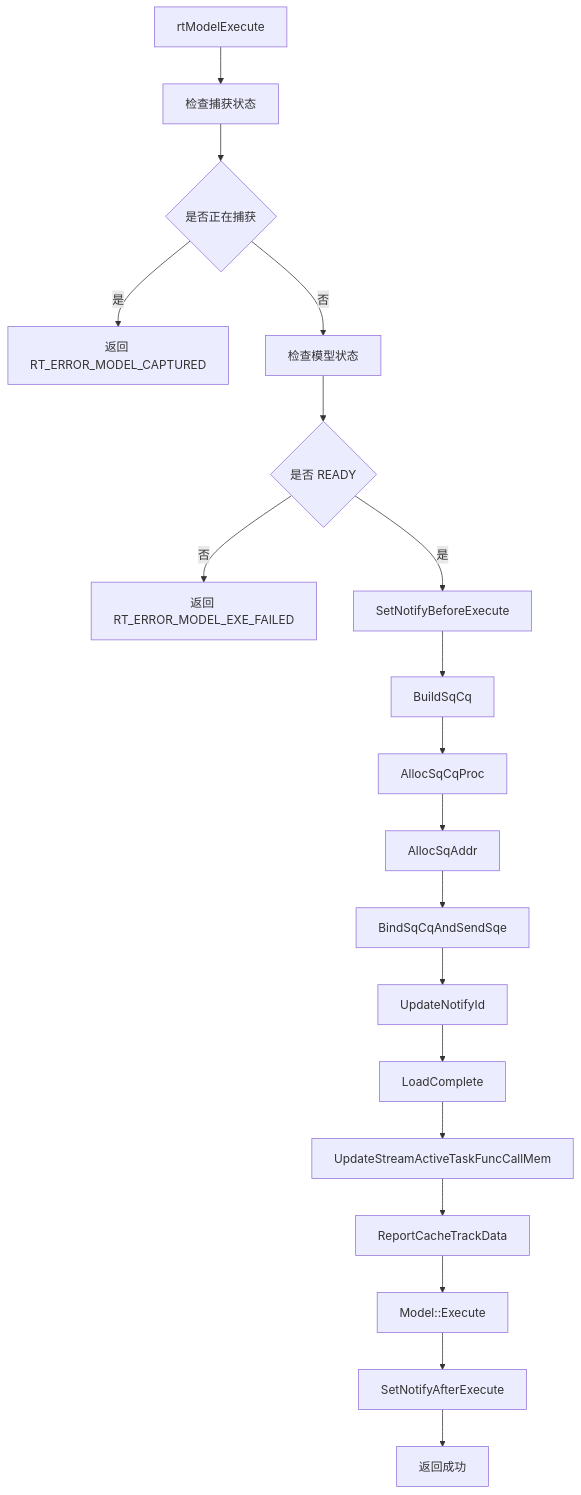
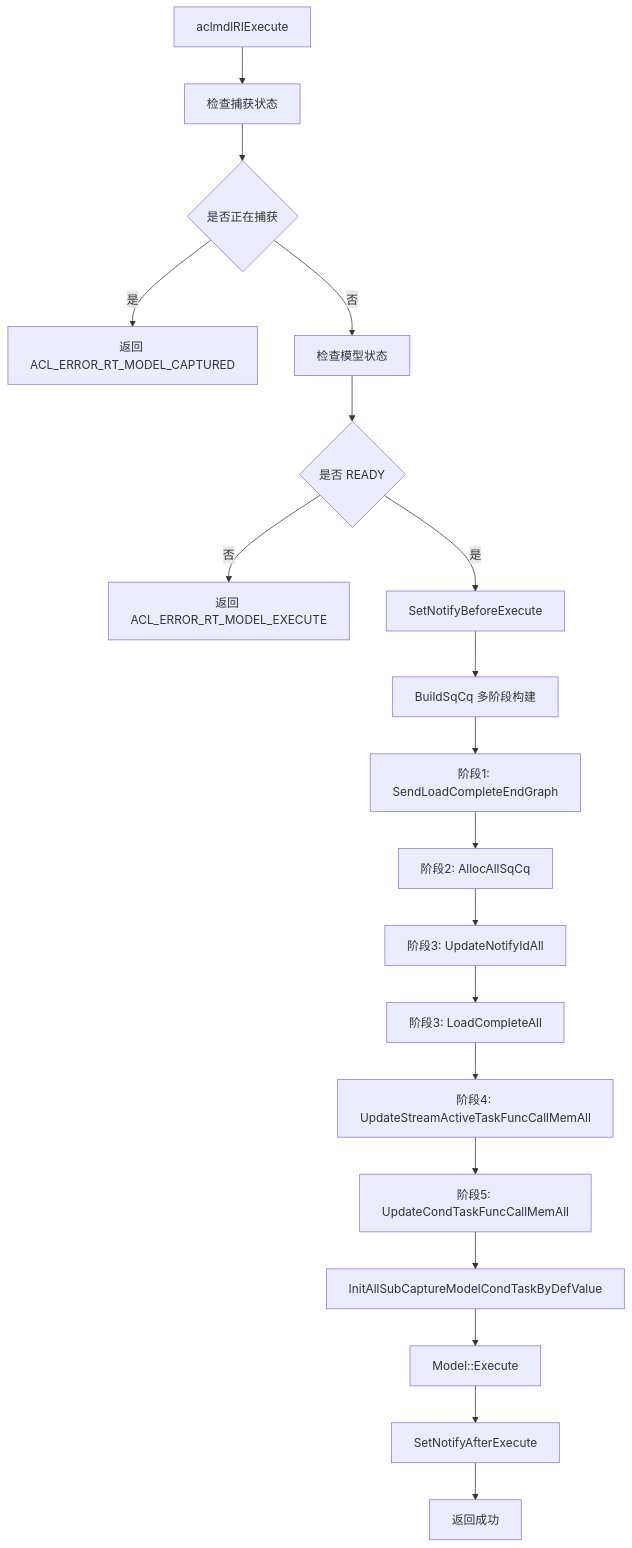
Before and after one commit to 18liumin/runtime: the tenth of 15 diagrams in docs/design/features/aclgraph.md, drawn with Mermaid. The commit also changed other lines of this file, not shown here.

First line of the commit message:
【PR】: 简要描述 aclgraph cond design描述

````diff
--- a/docs/design/features/aclgraph.md
+++ b/docs/design/features/aclgraph.md
@@ -437,21 +716,21 @@
 ```mermaid
 flowchart TD
-    A[rtModelExecute] --> B[检查捕获状态]
+    A[aclmdlRIExecute] --> B[检查捕获状态]
     B --> C{是否正在捕获}
-    C -->|是| D[返回 RT_ERROR_MODEL_CAPTURED]
+    C -->|是| D[返回 ACL_ERROR_RT_MODEL_CAPTURED]
     C -->|否| E[检查模型状态]
     E --> F{是否 READY}
-    F -->|否| G[返回 RT_ERROR_MODEL_EXE_FAILED]
+    F -->|否| G[返回 ACL_ERROR_RT_MODEL_EXECUTE]
     F -->|是| H[SetNotifyBeforeExecute]
-    H --> I[BuildSqCq]
-    I --> J[AllocSqCqProc]
-    J --> K[AllocSqAddr]
-    K --> L[BindSqCqAndSendSqe]
-    L --> M[UpdateNotifyId]
-    M --> N[LoadComplete]
-    N --> O[UpdateStreamActiveTaskFuncCallMem]
-    O --> P[ReportCacheTrackData]
-    P --> Q[Model::Execute]
-    Q --> R[SetNotifyAfterExecute]
-    R --> S[返回成功]
+    H --> I[BuildSqCq 多阶段构建]
+    I --> I1[阶段1: SendLoadCompleteEndGraph ]
+    I1 --> I2[阶段2: AllocAllSqCq ]
+    I2 --> I3[阶段3: UpdateNotifyIdAll ]
+    I3 --> I4[阶段3: LoadCompleteAll ]
+    I4 --> I5[阶段4: UpdateStreamActiveTaskFuncCallMemAll ]
+    I5 --> I6[阶段5: UpdateCondTaskFuncCallMemAll ]
+    I6 --> J[InitAllSubCaptureModelCondTaskByDefValue ]
+    J --> K[Model::Execute]
+    K --> L[SetNotifyAfterExecute]
+    L --> M[返回成功]
 ```
````
